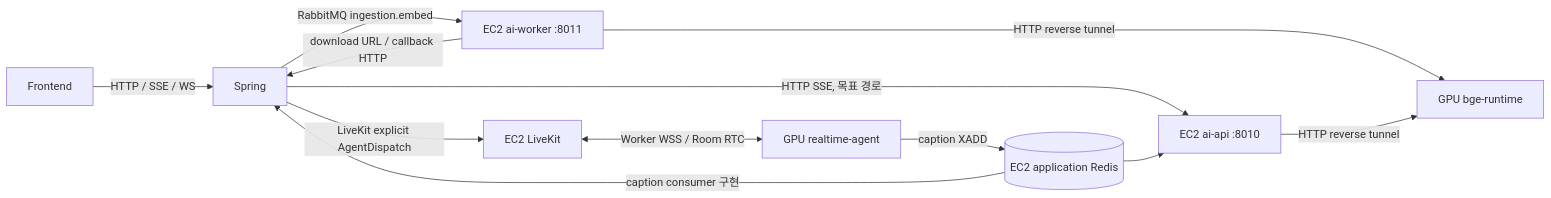
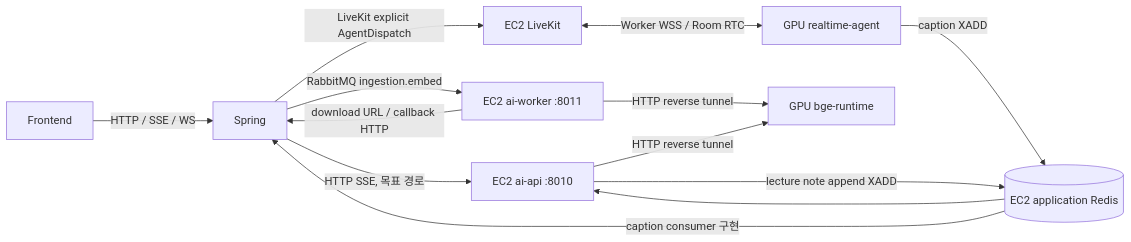
The diagram in docs/ai/CONTRACT.md (thdwjdrl401/jiphyeonjeon), drawn with Mermaid before and after one commit. The commit also changed other lines of this file and 22 other files, not shown here.

````diff
--- a/docs/ai/CONTRACT.md
+++ b/docs/ai/CONTRACT.md
@@ -26,14 +26,15 @@
 ```mermaid
 flowchart LR
     FE[Frontend] -->|HTTP / SSE / WS| Spring[Spring]
     Spring -->|HTTP SSE, 목표 경로| Api[EC2 ai-api :8010]
     Spring -->|RabbitMQ ingestion.embed| Worker[EC2 ai-worker :8011]
     Worker -->|download URL / callback HTTP| Spring
     Spring -->|LiveKit explicit AgentDispatch| LiveKit[EC2 LiveKit]
     LiveKit <-->|Worker WSS / Room RTC| Agent[GPU realtime-agent]
     Agent -->|caption XADD| Redis[(EC2 application Redis)]
     Redis --> Api
+    Api -->|lecture note append XADD| Redis
     Redis -->|caption consumer 구현| Spring
     Worker -->|HTTP reverse tunnel| BGE[GPU bge-runtime]
     Api -->|HTTP reverse tunnel| BGE
 ```
````
